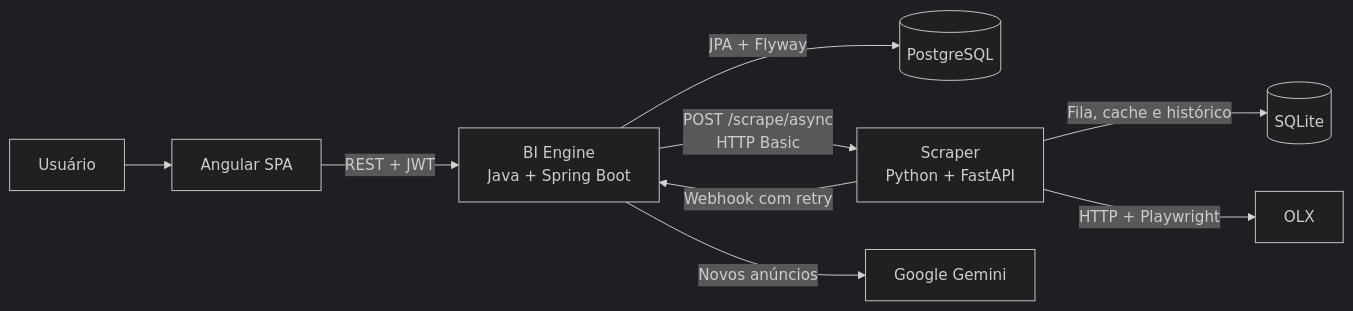
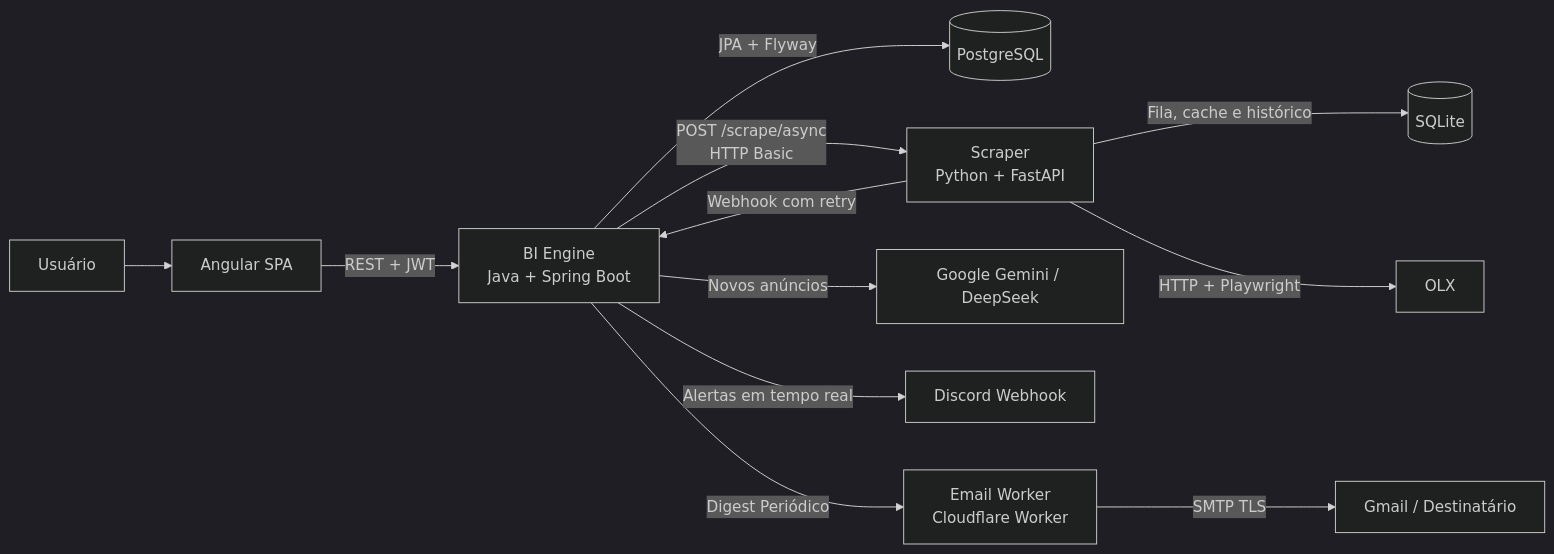
Before and after one commit to bielsolosos/Bobao-do-oeste: the diagram in README.md, drawn with Mermaid (dark theme). The commit also changed other lines of this file and 1 other file, not shown here.

````diff
--- a/README.md
+++ b/README.md
@@ -79,11 +79,14 @@
 ```mermaid
 flowchart LR
     U[Usuário] --> W[Angular SPA]
     W -->|REST + JWT| B[BI Engine<br/>Java + Spring Boot]
     B -->|JPA + Flyway| P[(PostgreSQL)]
     B -->|POST /scrape/async<br/>HTTP Basic| S[Scraper<br/>Python + FastAPI]
     S -->|Fila, cache e histórico| Q[(SQLite)]
     S -->|HTTP + Playwright| O[OLX]
     S -->|Webhook com retry| B
-    B -->|Novos anúncios| G[Google Gemini]
+    B -->|Novos anúncios| G[Google Gemini / DeepSeek]
+    B -->|Alertas em tempo real| D[Discord Webhook]
+    B -->|Digest Periódico| EW[Email Worker<br/>Cloudflare Worker]
+    EW -->|SMTP TLS| M[Gmail / Destinatário]
 ```
````
